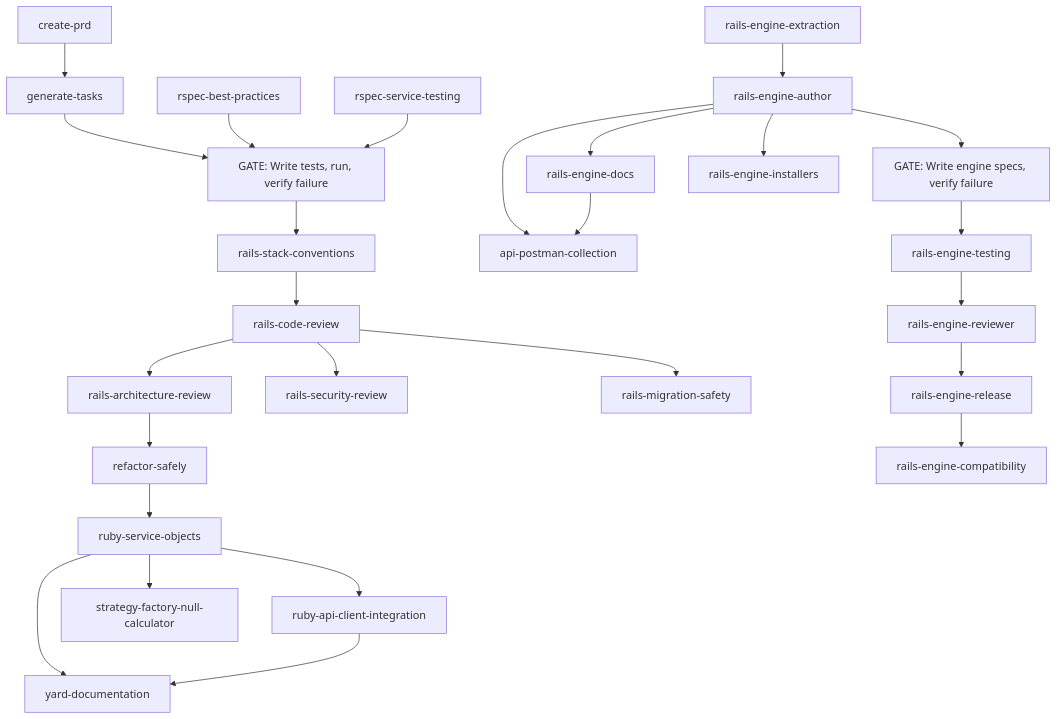
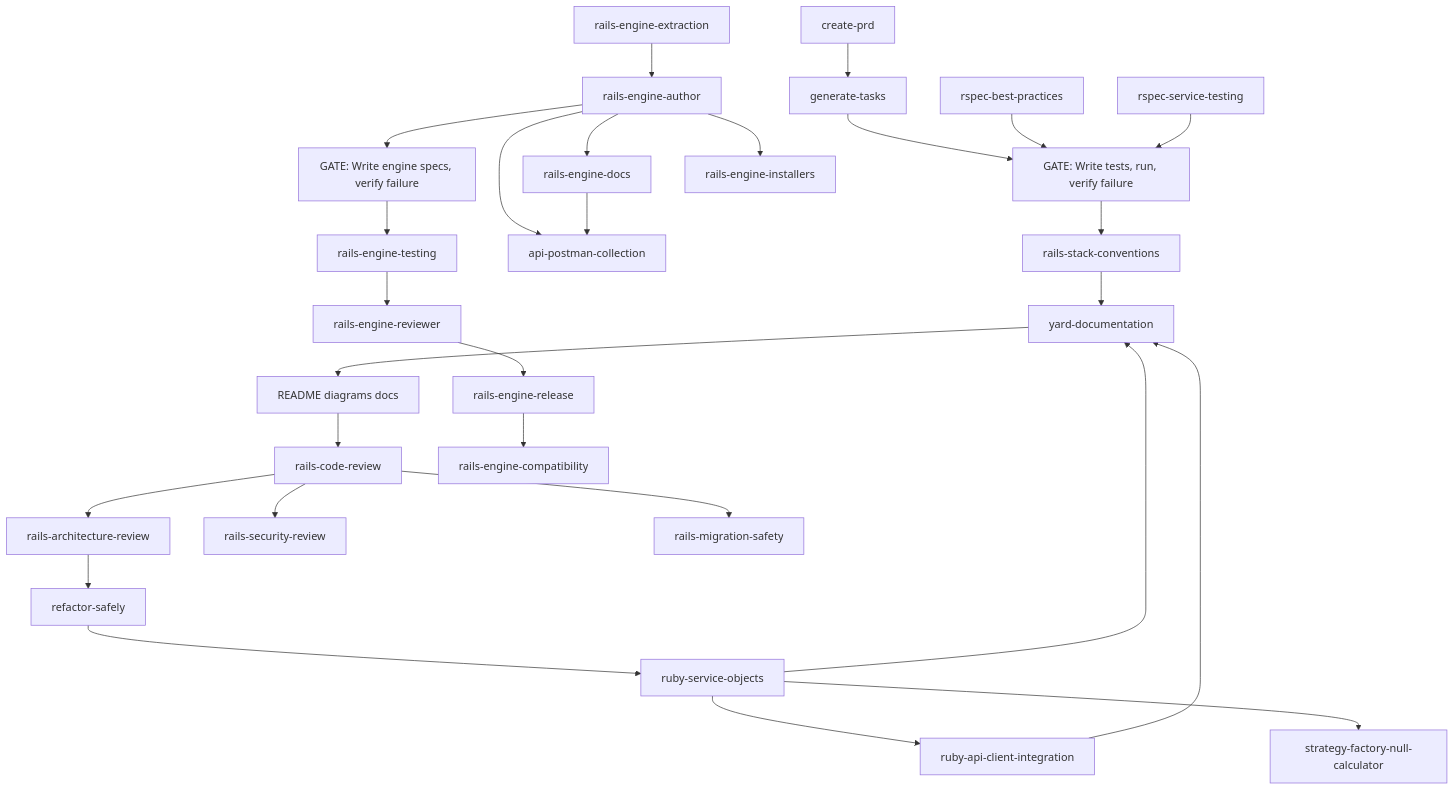
The diagram in README.md (igmarin/my-RoR-personal-skills), drawn with Mermaid before and after one commit. The commit also changed other lines of this file and 6 other files, not shown here.

````diff
--- a/README.md
+++ b/README.md
@@ -170,33 +180,35 @@
 ```mermaid
 flowchart TD
     createPRD[create-prd] --> generateTasks[generate-tasks]
     generateTasks --> testGate["GATE: Write tests, run, verify failure"]
     testGate --> stackConventions[rails-stack-conventions]
-    stackConventions --> codeReview[rails-code-review]
+    stackConventions --> yardDoc[yard-documentation]
+    yardDoc --> docUpdates[README diagrams docs]
+    docUpdates --> codeReview[rails-code-review]
 
     codeReview --> archReview[rails-architecture-review]
     codeReview --> secReview[rails-security-review]
     codeReview --> migrationSafety[rails-migration-safety]
 
     archReview --> refactorSafely[refactor-safely]
     refactorSafely --> serviceObjects[ruby-service-objects]
 
     serviceObjects --> apiClient[ruby-api-client-integration]
     serviceObjects --> strategyFactory[strategy-factory-null-calculator]
-    serviceObjects --> yardDoc[yard-documentation]
+    serviceObjects --> yardDoc
     apiClient --> yardDoc
     engineAuthor --> postman[api-postman-collection]
     engineDocs[rails-engine-docs] --> postman
 
     rspecBest[rspec-best-practices] --> testGate
     rspecService[rspec-service-testing] --> testGate
 
     engineAuthor[rails-engine-author] --> engineTestGate["GATE: Write engine specs, verify failure"]
     engineTestGate --> engineTesting[rails-engine-testing]
     engineAuthor --> engineDocs[rails-engine-docs]
     engineAuthor --> engineInstallers[rails-engine-installers]
     engineTesting --> engineReviewer[rails-engine-reviewer]
     engineReviewer --> engineRelease[rails-engine-release]
     engineRelease --> engineCompat[rails-engine-compatibility]
     engineExtraction[rails-engine-extraction] --> engineAuthor
 ```
````
